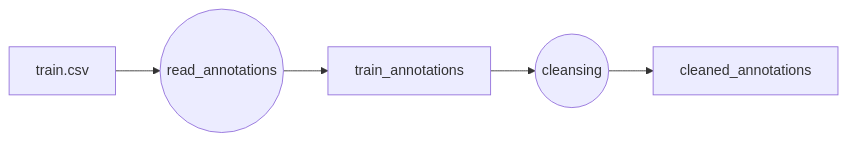
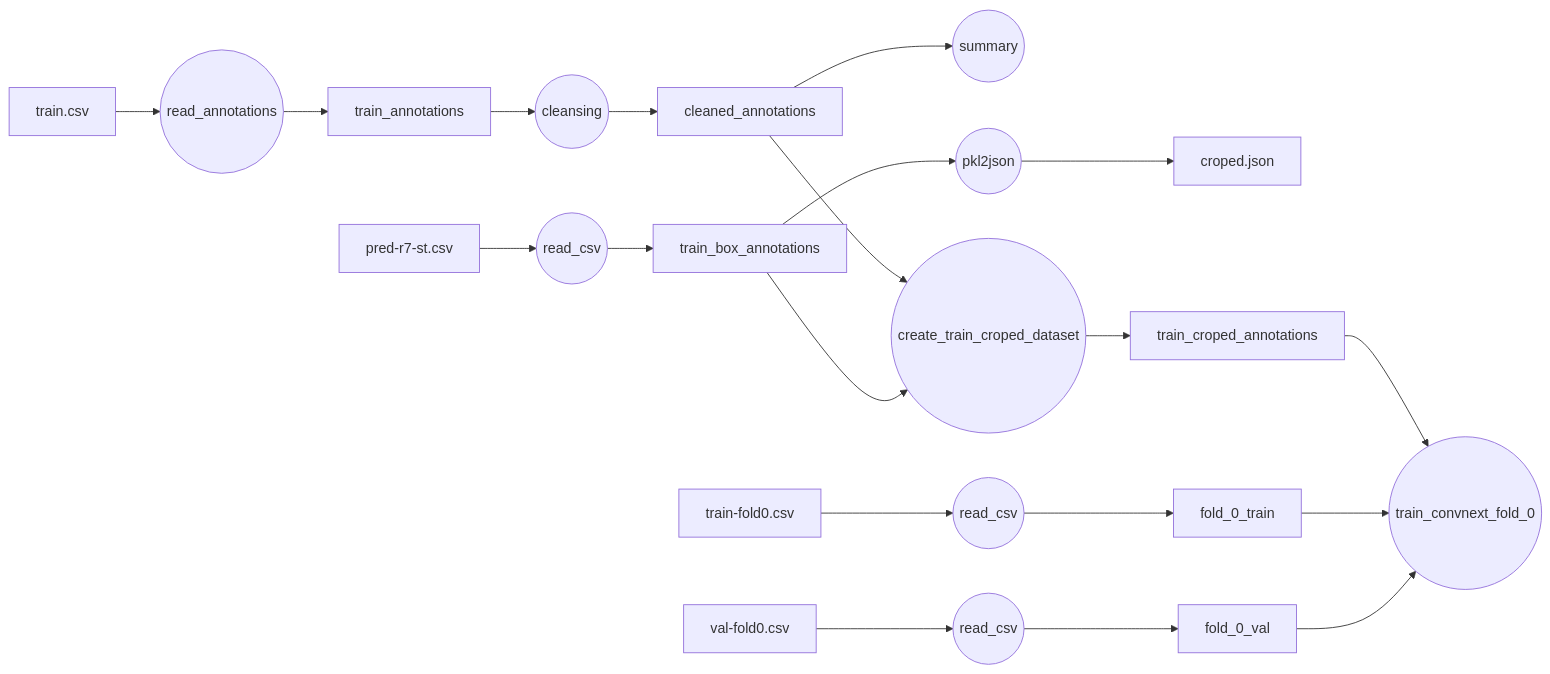
Before and after one commit to h4nyu/vision-tools: the diagram in hwad_bench/README.md, drawn with Mermaid.

````diff
--- a/hwad_bench/README.md
+++ b/hwad_bench/README.md
@@ -1,6 +1,18 @@
 ```mermaid
 flowchart LR
 train.csv --> read_annotations((read_annotations))
 read_annotations --> train_annotations
-train_annotations --> cleansing((cleansing)) --> cleaned_annotations
+train_annotations --> cleansing((cleansing)) --> cleaned_annotations --> summary((summary))
+pred-r7-st.csv --> read_csv((read_csv)) --> train_box_annotations --> pkl2json((pkl2json)) --> croped.json
+cleaned_annotations --> create_train_croped_dataset((create_train_croped_dataset)) --> train_croped_annotations
+train_box_annotations --> create_train_croped_dataset((create_train_croped_dataset)) 
+train-fold0.csv --> read_csv0((read_csv)) --> fold_0_train
+val-fold0.csv --> read_csv1((read_csv)) --> fold_0_val
+train_croped_annotations --> train0((train_convnext_fold_0))
+fold_0_train --> train0
+fold_0_val --> train0
+
+
+
+
 ```
````
